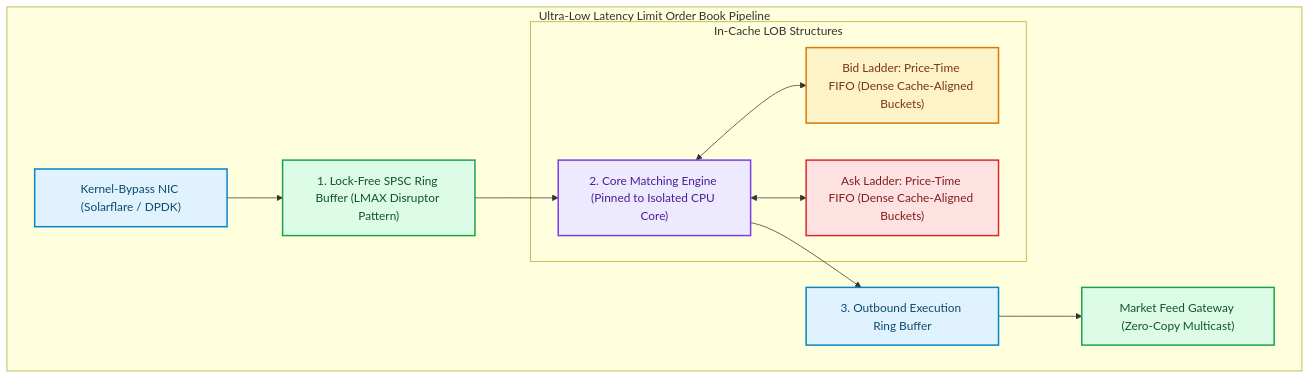
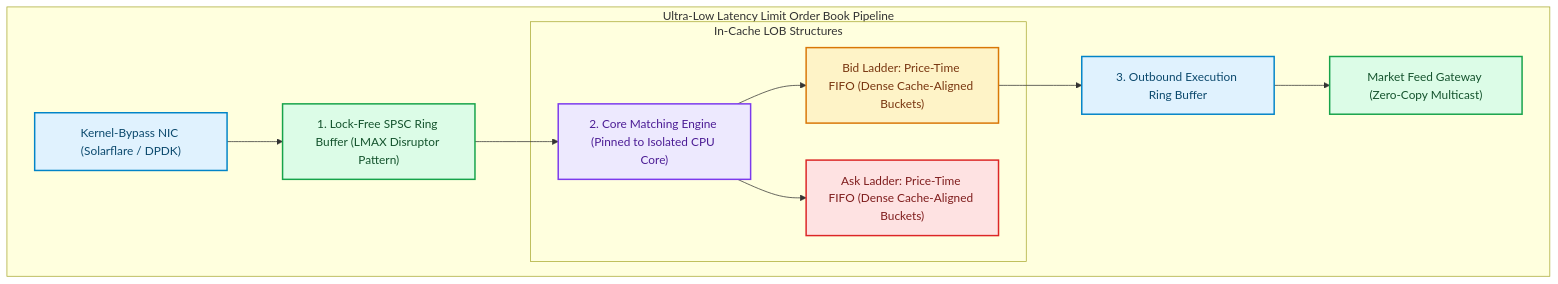
One commit to akmalkhaniub/akmalkhaniub.github.io changed the first of 3 diagrams in blog/posts/ultra-low-latency-limit-order-books-lob-lock-free-ring-buffers-cpu-cache.md. Above: the diagram before and after it, drawn with Mermaid. The commit also changed other lines of this file and 894 other files, not shown here.

Commit message:
feat(blog): upgrade all 444 posts with unique staggered dates, 2-col Mermaid spines, benchmark tables, code blocks, and trade-offs

````diff
--- a/blog/posts/ultra-low-latency-limit-order-books-lob-lock-free-ring-buffers-cpu-cache.md
+++ b/blog/posts/ultra-low-latency-limit-order-books-lob-lock-free-ring-buffers-cpu-cache.md
@@ -14,26 +14,26 @@
 ```mermaid
 flowchart TD
   subgraph SG1_UltraLowLatency ["Ultra-Low Latency Limit Order Book Pipeline"]
     NIC["Kernel-Bypass NIC (Solarflare / DPDK)"] --> RingBuffer["1. Lock-Free SPSC Ring Buffer (LMAX Disruptor Pattern)"]
     RingBuffer --> Matcher["2. Core Matching Engine (Pinned to Isolated CPU Core)"]
     
     subgraph SG2_InCacheLob ["In-Cache LOB Structures"]
-      Matcher <--> Bids["Bid Ladder: Price-Time FIFO (Dense Cache-Aligned Buckets)"]
-      Matcher <--> Asks["Ask Ladder: Price-Time FIFO (Dense Cache-Aligned Buckets)"]
+      Matcher --> Bids["Bid Ladder: Price-Time FIFO (Dense Cache-Aligned Buckets)"]
+      Matcher --> Asks["Ask Ladder: Price-Time FIFO (Dense Cache-Aligned Buckets)"]
     end
     
-    Matcher --> ExecutionRing["3. Outbound Execution Ring Buffer"]
+    Bids --> ExecutionRing["3. Outbound Execution Ring Buffer"]
     ExecutionRing --> Gateway["Market Feed Gateway (Zero-Copy Multicast)"]
   end
 
 classDef green fill:#dcfce7,stroke:#16a34a,stroke-width:2px,color:#14532d;
 classDef red fill:#fee2e2,stroke:#dc2626,stroke-width:2px,color:#7f1d1d;
 classDef blue fill:#e0f2fe,stroke:#0284c7,stroke-width:2px,color:#0c4a6e;
 classDef yellow fill:#fef3c7,stroke:#d97706,stroke-width:2px,color:#78350f;
 classDef purple fill:#ede9fe,stroke:#7c3aed,stroke-width:2px,color:#4c1d95;
 class NIC,ExecutionRing blue
 class RingBuffer,Gateway green
 class Matcher purple
 class Bids yellow
 class Asks red
 ```
````
